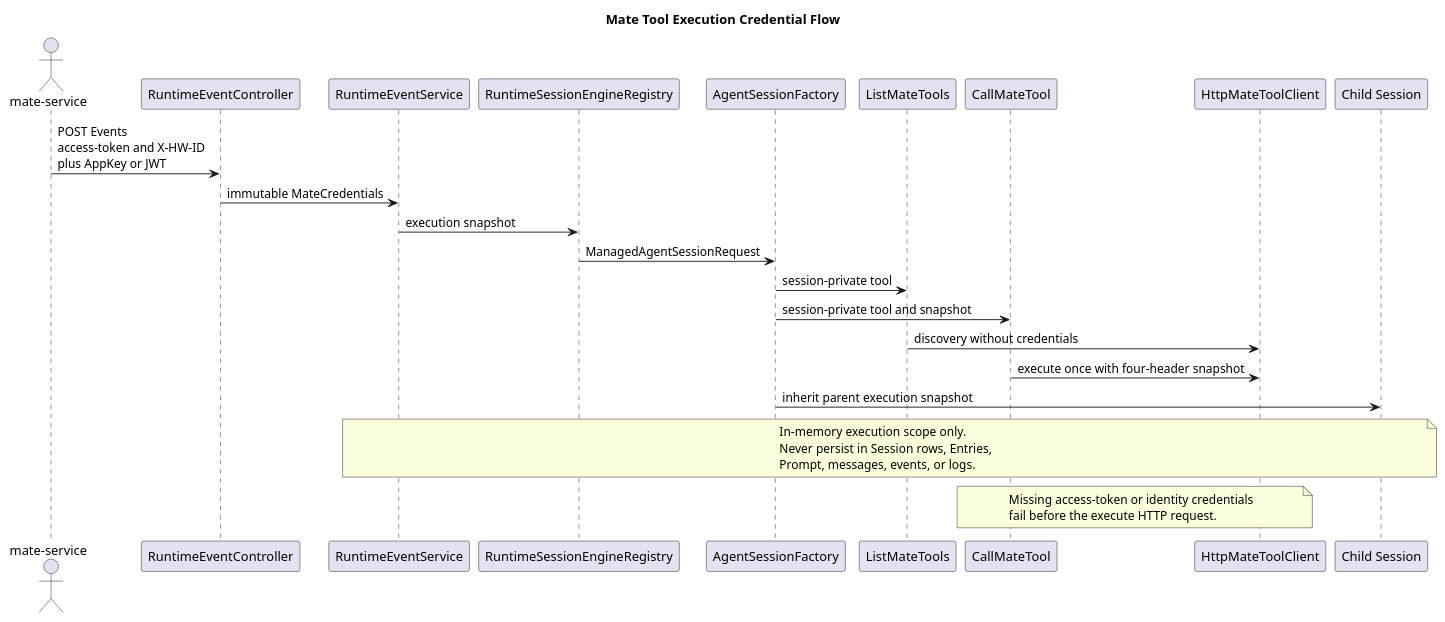
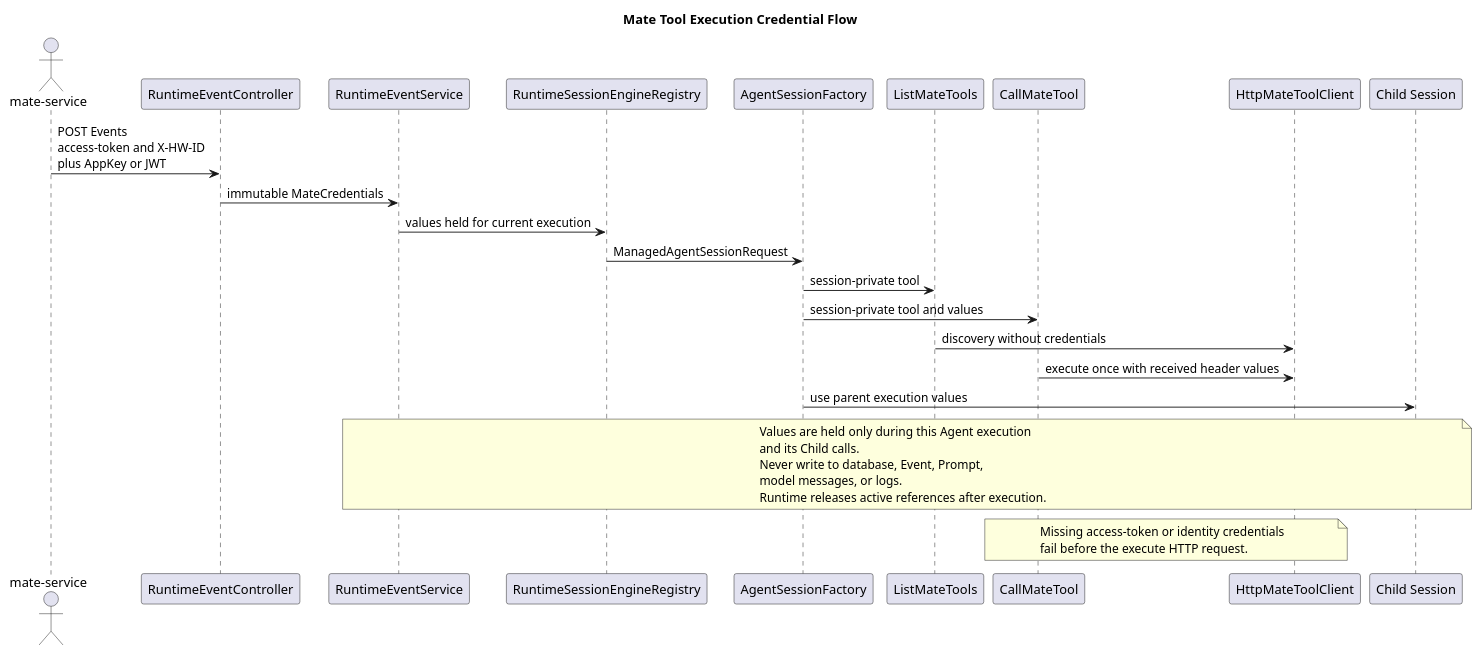
The second of 4 diagrams in docs/designs/tool-system-v2/diagram.puml (2862282695gjh-afk/pi-mono-java), drawn with PlantUML before and after one commit. The commit also changed other lines of this file and 8 other files, not shown here.

```diff
--- a/docs/designs/tool-system-v2/diagram.puml
+++ b/docs/designs/tool-system-v2/diagram.puml
@@ -40,41 +40,43 @@
 @startuml mate_credential_flow
 ' Pre-change implementation baseline: CampusClaw 320d790726a70aada6100052952d5494d2a378ac.
 ' Source evidence: modules/coding-agent-cli/src/main/java/com/campusclaw/codingagent/runtimeapi/web/RuntimeEventController.java, submit
 ' Source evidence: modules/coding-agent-cli/src/main/java/com/campusclaw/codingagent/runtimeapi/web/RuntimeRequestContext.java, mateCredentials
 ' Source evidence: modules/coding-agent-cli/src/main/java/com/campusclaw/codingagent/tool/mate/MateToolDiscovery.java, listAgentTools
 ' Source evidence: modules/coding-agent-cli/src/main/java/com/campusclaw/codingagent/common/client/HttpMateToolClient.java, invokeTool
 ' Observed behavior: the pre-change client forwarded three execution credential headers to discovery and execute.
-' Security hardening: discovery receives no credentials; only execute receives the four-header snapshot.
+' Security hardening: discovery receives no credentials; only execute receives the four header values.
 ' Java divergence: pi has no corresponding Mate credential flow.
 skinparam shadowing false
 title Mate Tool Execution Credential Flow
 
 actor "mate-service" as Caller
 participant "RuntimeEventController" as Controller
 participant "RuntimeEventService" as Service
 participant "RuntimeSessionEngineRegistry" as Registry
 participant "AgentSessionFactory" as Factory
 participant "ListMateTools" as List
 participant "CallMateTool" as Call
 participant "HttpMateToolClient" as Client
 participant "Child Session" as Child
 
 Caller -> Controller : POST Events\naccess-token and X-HW-ID\nplus AppKey or JWT
 Controller -> Service : immutable MateCredentials
-Service -> Registry : execution snapshot
+Service -> Registry : values held for current execution
 Registry -> Factory : ManagedAgentSessionRequest
 Factory -> List : session-private tool
-Factory -> Call : session-private tool and snapshot
+Factory -> Call : session-private tool and values
 List -> Client : discovery without credentials
-Call -> Client : execute once with four-header snapshot
-Factory -> Child : inherit parent execution snapshot
+Call -> Client : execute once with received header values
+Factory -> Child : use parent execution values
 note over Service,Child
-  In-memory execution scope only.
-  Never persist in Session rows, Entries,
-  Prompt, messages, events, or logs.
+  Values are held only during this Agent execution
+  and its Child calls.
+  Never write to database, Event, Prompt,
+  model messages, or logs.
+  Runtime releases active references after execution.
 end note
 note over Call,Client
   Missing access-token or identity credentials
   fail before the execute HTTP request.
 end note
 @enduml
```
